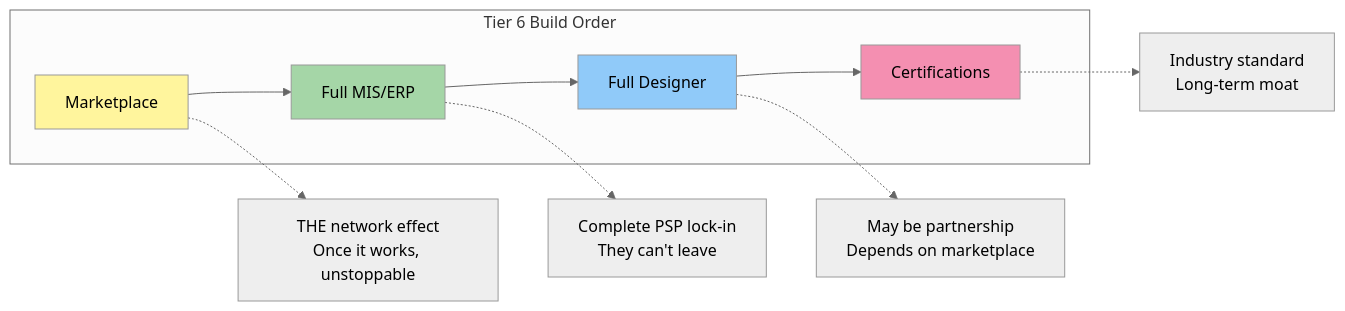
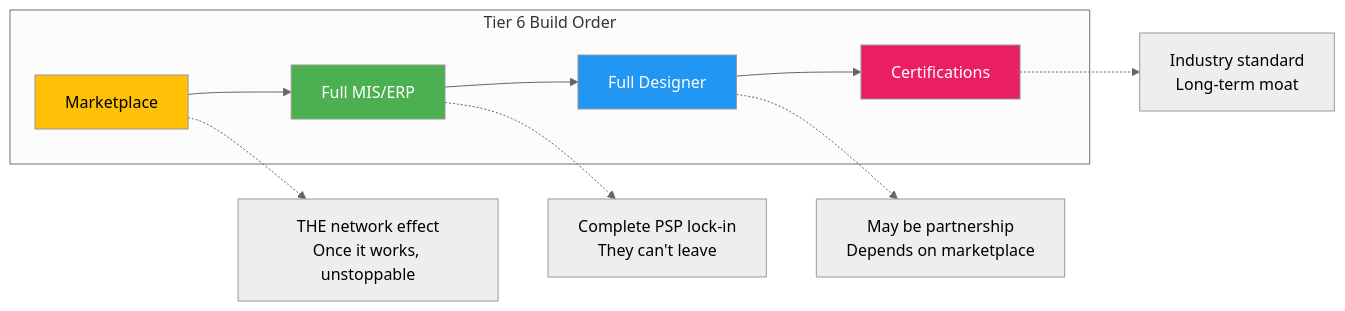
Before and after one commit to VisualGraphxLLC/NewPOPSys: the sixth of 7 diagrams in Post_v1/DEVELOPMENT_PRIORITY.md, drawn with Mermaid (neutral theme). The commit also changed other lines of this file and 1 other file, not shown here.

First line of the commit message:
Fix Mermaid chart colors for dark mode compatibility

````diff
--- a/Post_v1/DEVELOPMENT_PRIORITY.md
+++ b/Post_v1/DEVELOPMENT_PRIORITY.md
@@ -251,18 +251,18 @@
 ```mermaid
 flowchart LR
     subgraph Tier6[Tier 6 Build Order]
         MP[Marketplace] --> FMIS[Full MIS/ERP]
         FMIS --> FD[Full Designer]
         FD --> Cert[Certifications]
     end
 
     MP -.-> N1[THE network effect\nOnce it works, unstoppable]
     FMIS -.-> N2[Complete PSP lock-in\nThey can't leave]
     FD -.-> N3[May be partnership\nDepends on marketplace]
     Cert -.-> N4[Industry standard\nLong-term moat]
 
-    style MP fill:#fff59d
-    style FMIS fill:#a5d6a7
-    style FD fill:#90caf9
-    style Cert fill:#f48fb1
+    style MP fill:#ffc107,color:#000
+    style FMIS fill:#4caf50,color:#fff
+    style FD fill:#2196f3,color:#fff
+    style Cert fill:#e91e63,color:#fff
 ```
````
